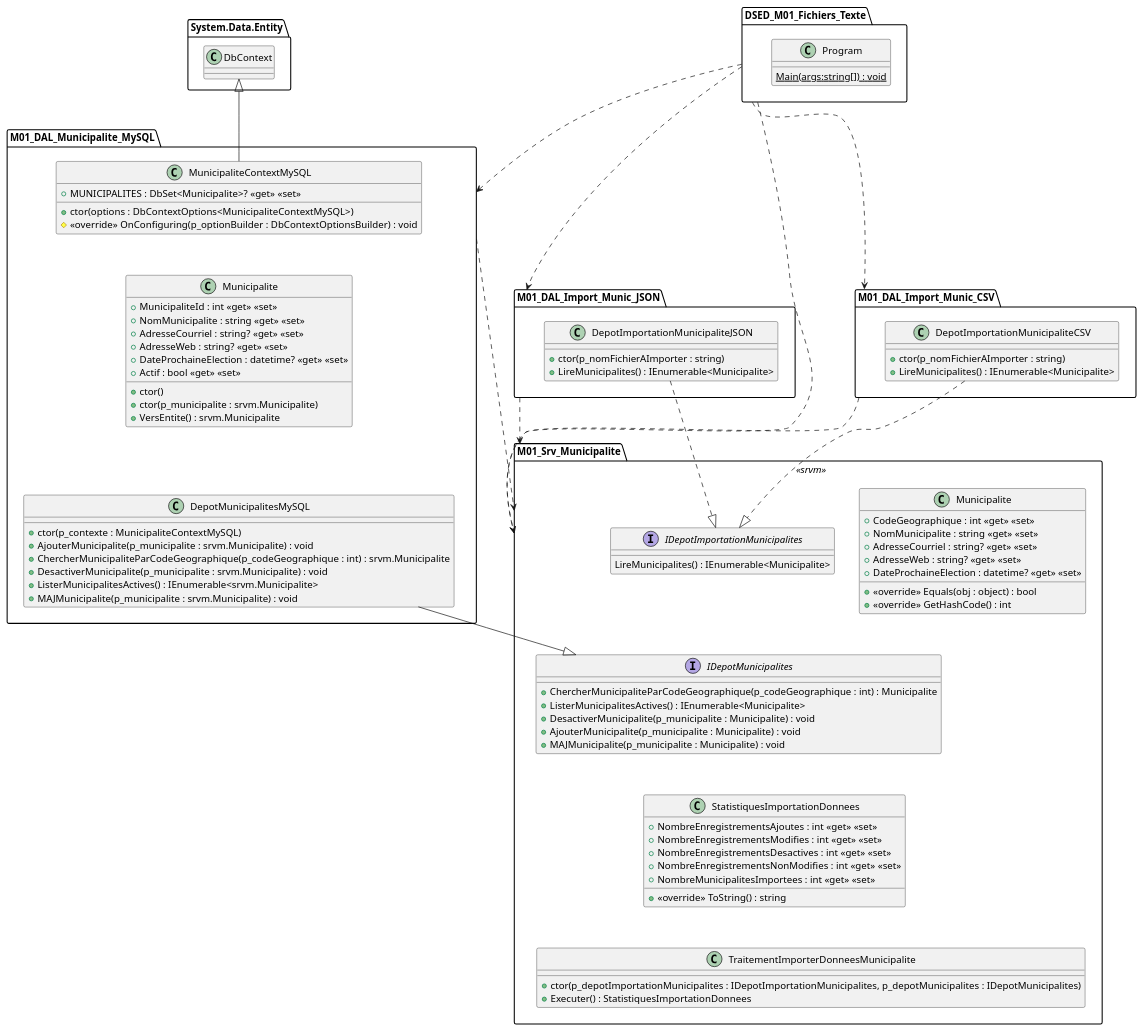
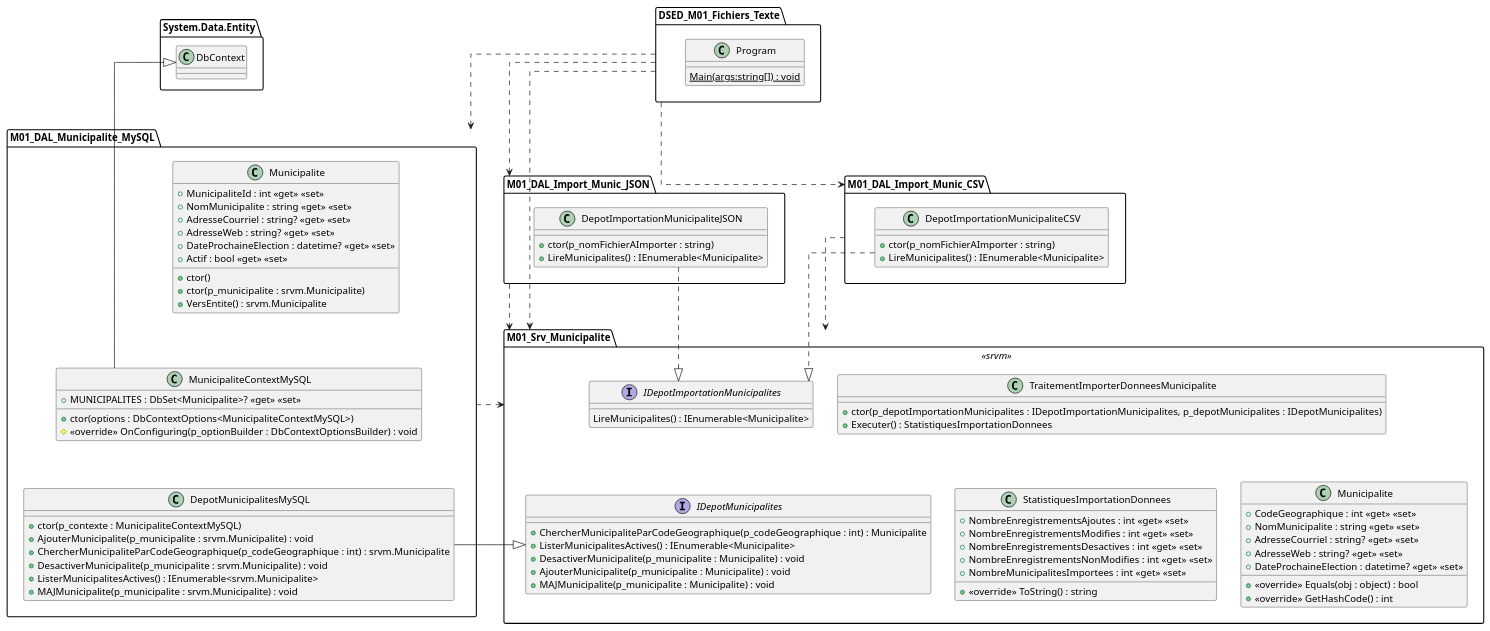
One commit to PiFou86/420-W47-SF changed the diagram in Module01_Introduction/uml_exercice1.wsd. Above: the diagram before and after it, drawn with PlantUML.

Commit message:
Ajustement visuel supérieur du diagramme

```diff
--- a/Module01_Introduction/uml_exercice1.wsd
+++ b/Module01_Introduction/uml_exercice1.wsd
@@ -1,114 +1,120 @@
 @startuml
 set namespaceSeparator ::
+skinparam linetype ortho
 
 namespace DSED_M01_Fichiers_Texte {
     class Program {
         {static} Main(args:string[]) : void
     }
 }
 
 namespace M01_Srv_Municipalite << srvm >> {
     class Municipalite {
         + CodeGeographique : int <<get>> <<set>>
         + NomMunicipalite : string <<get>> <<set>>
         + AdresseCourriel : string? <<get>> <<set>>
         + AdresseWeb : string? <<get>> <<set>>
         + DateProchaineElection : datetime? <<get>> <<set>>
         + <<override>> Equals(obj : object) : bool
         + <<override>> GetHashCode() : int
     }
 
     interface IDepotMunicipalites {
         + ChercherMunicipaliteParCodeGeographique(p_codeGeographique : int) : Municipalite
         + ListerMunicipalitesActives() : IEnumerable<Municipalite>
         + DesactiverMunicipalite(p_municipalite : Municipalite) : void
         + AjouterMunicipalite(p_municipalite : Municipalite) : void
         + MAJMunicipalite(p_municipalite : Municipalite) : void
     }
 
     class StatistiquesImportationDonnees {
         + NombreEnregistrementsAjoutes : int <<get>> <<set>>
         + NombreEnregistrementsModifies : int <<get>> <<set>>
         + NombreEnregistrementsDesactives : int <<get>> <<set>>
         + NombreEnregistrementsNonModifies : int <<get>> <<set>>
         + NombreMunicipalitesImportees : int <<get>> <<set>>
         + <<override>> ToString() : string
     }
 
     interface IDepotImportationMunicipalites {
         LireMunicipalites() : IEnumerable<Municipalite>
     }
 
     class TraitementImporterDonneesMunicipalite {
         + ctor(p_depotImportationMunicipalites : IDepotImportationMunicipalites, p_depotMunicipalites : IDepotMunicipalites)
         + Executer() : StatistiquesImportationDonnees
     }
 
     IDepotImportationMunicipalites -[hidden]-> IDepotMunicipalites
-    IDepotMunicipalites -[hidden]-> StatistiquesImportationDonnees
-    StatistiquesImportationDonnees -[hidden]-> TraitementImporterDonneesMunicipalite
+    IDepotImportationMunicipalites -[hidden]> TraitementImporterDonneesMunicipalite
+    TraitementImporterDonneesMunicipalite -[hidden]-> StatistiquesImportationDonnees
+    StatistiquesImportationDonnees -[hidden]> Municipalite
 }
 
 namespace M01_DAL_Municipalite_MySQL {
     class DepotMunicipalitesMySQL {
         + ctor(p_contexte : MunicipaliteContextMySQL)
         + AjouterMunicipalite(p_municipalite : srvm.Municipalite) : void
         + ChercherMunicipaliteParCodeGeographique(p_codeGeographique : int) : srvm.Municipalite
         + DesactiverMunicipalite(p_municipalite : srvm.Municipalite) : void
         + ListerMunicipalitesActives() : IEnumerable<srvm.Municipalite>
         + MAJMunicipalite(p_municipalite : srvm.Municipalite) : void
     }
 
-    DepotMunicipalitesMySQL --|> M01_Srv_Municipalite::IDepotMunicipalites
+    DepotMunicipalitesMySQL -|> M01_Srv_Municipalite::IDepotMunicipalites
 
     class Municipalite {
         + MunicipaliteId : int <<get>> <<set>>
         + NomMunicipalite : string <<get>> <<set>>
         + AdresseCourriel : string? <<get>> <<set>>
         + AdresseWeb : string? <<get>> <<set>>
         + DateProchaineElection : datetime? <<get>> <<set>>
         + Actif : bool <<get>> <<set>>
         + ctor()
         + ctor(p_municipalite : srvm.Municipalite)
         + VersEntite() : srvm.Municipalite
     }
 
     class MunicipaliteContextMySQL {
         + MUNICIPALITES : DbSet<Municipalite>? <<get>> <<set>>
         + ctor(options : DbContextOptions<MunicipaliteContextMySQL>)
         # <<override>> OnConfiguring(p_optionBuilder : DbContextOptionsBuilder) : void
     }
 
-    MunicipaliteContextMySQL -[hidden]-> Municipalite
-    Municipalite -[hidden]-> DepotMunicipalitesMySQL
+    'MunicipaliteContextMySQL -[hidden]-> Municipalite
+    Municipalite -[hidden]-> MunicipaliteContextMySQL
+    'Municipalite -[hidden]-> DepotMunicipalitesMySQL
+    MunicipaliteContextMySQL -[hidden]-> DepotMunicipalitesMySQL
 }
-
 
 namespace M01_DAL_Import_Munic_CSV {
     class DepotImportationMunicipaliteCSV {
         + ctor(p_nomFichierAImporter : string)
         + LireMunicipalites() : IEnumerable<Municipalite>
     }
 
     DepotImportationMunicipaliteCSV ..|> M01_Srv_Municipalite::IDepotImportationMunicipalites
 }
 
 namespace M01_DAL_Import_Munic_JSON {
     class DepotImportationMunicipaliteJSON {
         + ctor(p_nomFichierAImporter : string)
         + LireMunicipalites() : IEnumerable<Municipalite>
     }
     
     DepotImportationMunicipaliteJSON ..|> M01_Srv_Municipalite::IDepotImportationMunicipalites
 }
 
 DSED_M01_Fichiers_Texte .> M01_DAL_Import_Munic_JSON
 DSED_M01_Fichiers_Texte ..> M01_DAL_Import_Munic_CSV
 DSED_M01_Fichiers_Texte ..> M01_DAL_Municipalite_MySQL
 DSED_M01_Fichiers_Texte ..> M01_Srv_Municipalite
+
 M01_DAL_Import_Munic_CSV ..> M01_Srv_Municipalite
 M01_DAL_Import_Munic_JSON ..> M01_Srv_Municipalite
 M01_DAL_Municipalite_MySQL ..> M01_Srv_Municipalite
+
+System.Data.Entity::DbContext -[hidden]-> M01_DAL_Municipalite_MySQL::Municipalite
 M01_DAL_Municipalite_MySQL::MunicipaliteContextMySQL -u-|> System.Data.Entity::DbContext
 
 @enduml
```
